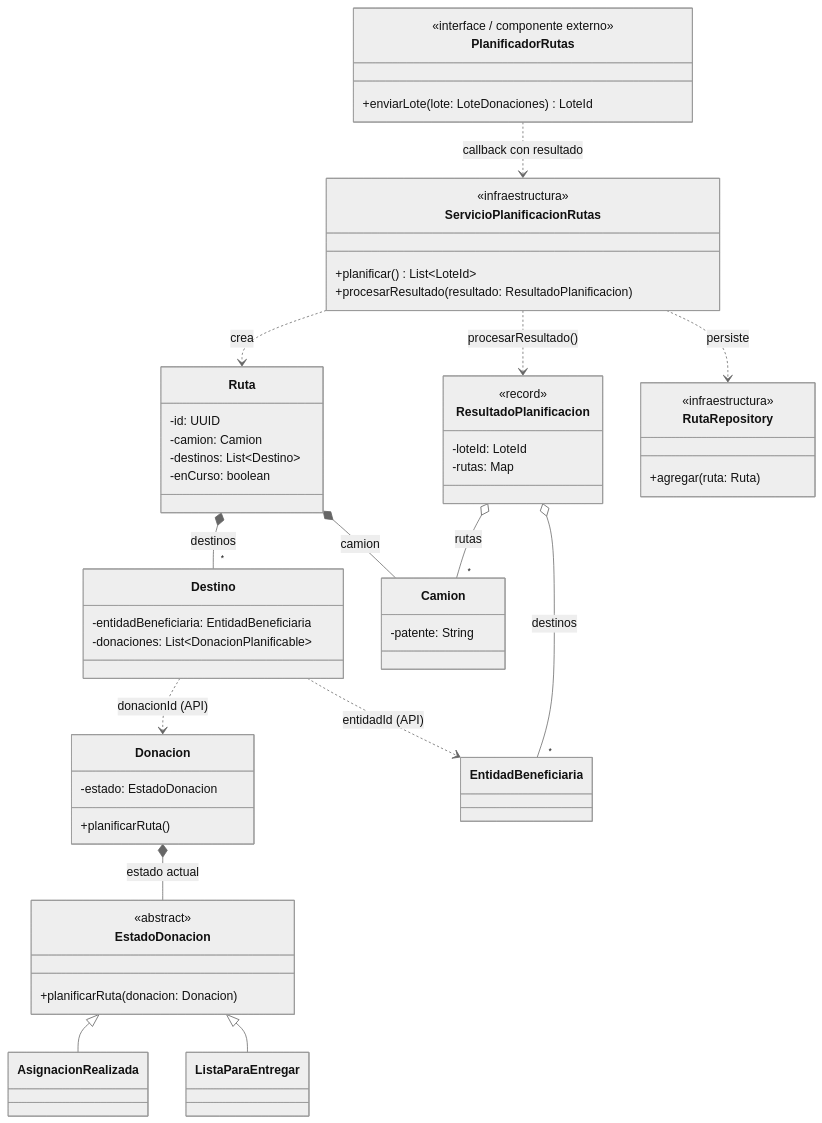
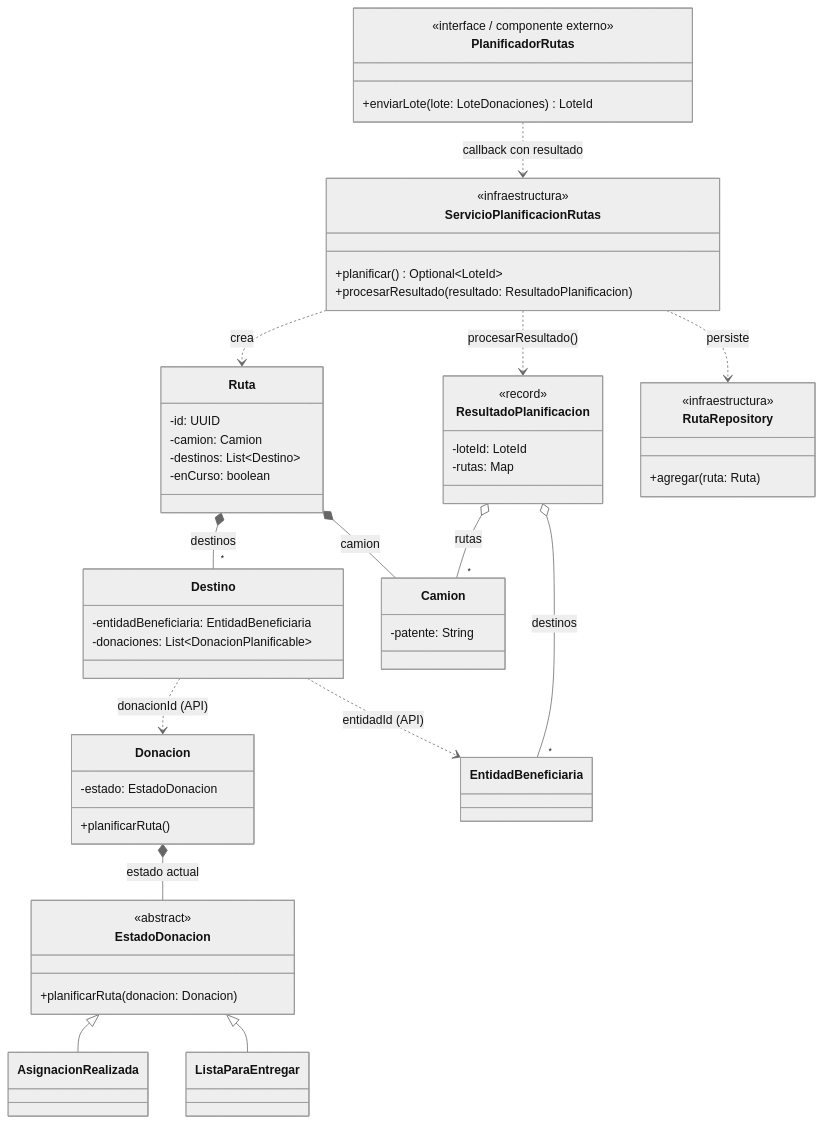
The diagram in docs/diagramas-por-requerimiento/e2-impl1-callback-planificacion.mermaid (eonishi/tp-dds-2026-donatrack), drawn with Mermaid (neutral theme) before and after one commit. The commit also changed 12 other files, not shown here.

```diff
--- a/docs/diagramas-por-requerimiento/e2-impl1-callback-planificacion.mermaid
+++ b/docs/diagramas-por-requerimiento/e2-impl1-callback-planificacion.mermaid
@@ -1,67 +1,67 @@
 %% ============================================================================
 %% ENTREGA 2 — Requerimiento de implementación 1
 %% "El sistema deberá exponer una URL de callback donde el componente externo
 %%  podrá notificar el resultado de la planificación. La llamada de retorno
 %%  permitirá registrar las rutas generadas y actualizar el estado de las
 %%  entregas efectivamente asignadas."
 %% Fragmento mínimo del dominio involucrado (incluye infraestructura).
 %% ============================================================================
 classDiagram
     direction TB
 
     class PlanificadorRutas {
         <<interface / componente externo>>
         +enviarLote(lote: LoteDonaciones) LoteId
     }
     class ServicioPlanificacionRutas {
         <<infraestructura>>
-        +planificar() List~LoteId~
+        +planificar() Optional~LoteId~
         +procesarResultado(resultado: ResultadoPlanificacion)
     }
     class ResultadoPlanificacion {
         <<record>>
         -loteId: LoteId
         -rutas: Map
     }
     class Ruta {
         -id: UUID
         -camion: Camion
         -destinos: List~Destino~
         -enCurso: boolean
     }
     class Destino {
         -entidadBeneficiaria: EntidadBeneficiaria
         -donaciones: List~DonacionPlanificable~
     }
     class Camion {
         -patente: String
     }
     class Donacion {
         -estado: EstadoDonacion
         +planificarRuta()
     }
     class EntidadBeneficiaria
     class EstadoDonacion {
         <<abstract>>
         +planificarRuta(donacion: Donacion)
     }
     class AsignacionRealizada
     class ListaParaEntregar
     class RutaRepository {
         <<infraestructura>>
         +agregar(ruta: Ruta)
     }
 
     PlanificadorRutas ..> ServicioPlanificacionRutas : callback con resultado
     ServicioPlanificacionRutas ..> ResultadoPlanificacion : procesarResultado()
     ResultadoPlanificacion o-- "*" Camion : rutas
     ResultadoPlanificacion o-- "*" EntidadBeneficiaria : destinos
     ServicioPlanificacionRutas ..> Ruta : crea
     ServicioPlanificacionRutas ..> RutaRepository : persiste
     Ruta *-- Camion : camion
     Ruta *-- "*" Destino : destinos
     Destino ..> EntidadBeneficiaria : entidadId (API)
     Destino ..> Donacion : donacionId (API)
     Donacion *-- EstadoDonacion : estado actual
     EstadoDonacion <|-- AsignacionRealizada
     EstadoDonacion <|-- ListaParaEntregar
```
